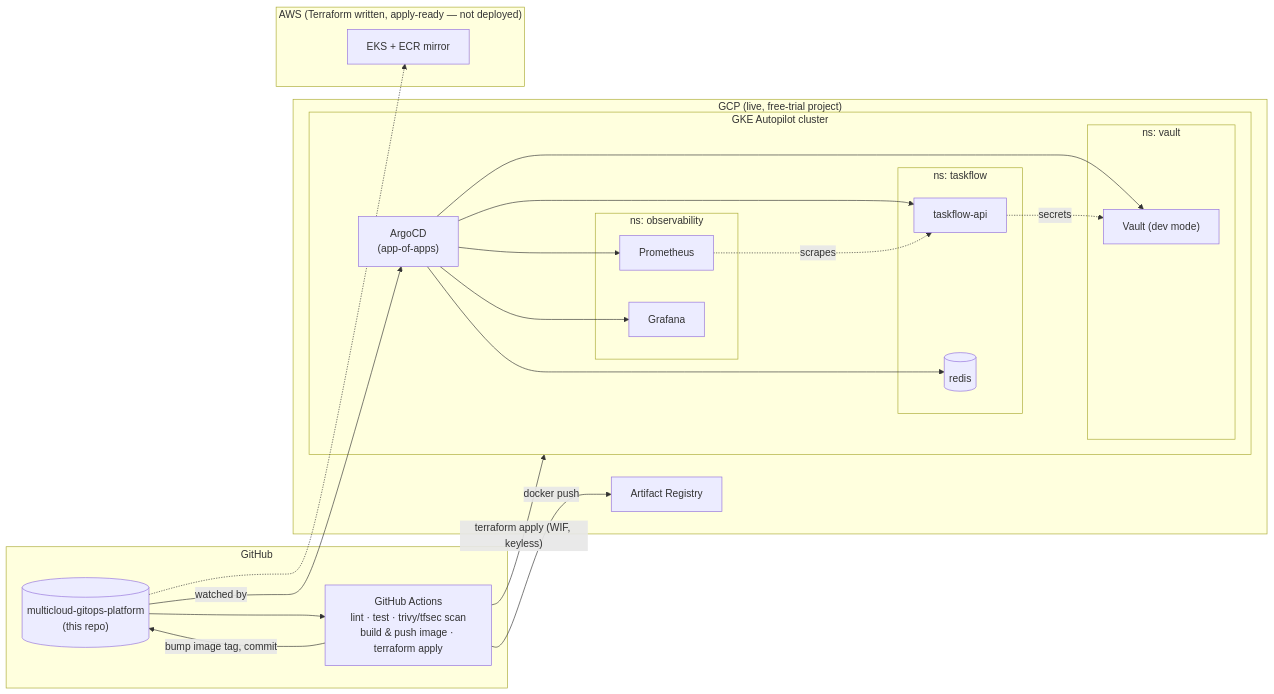
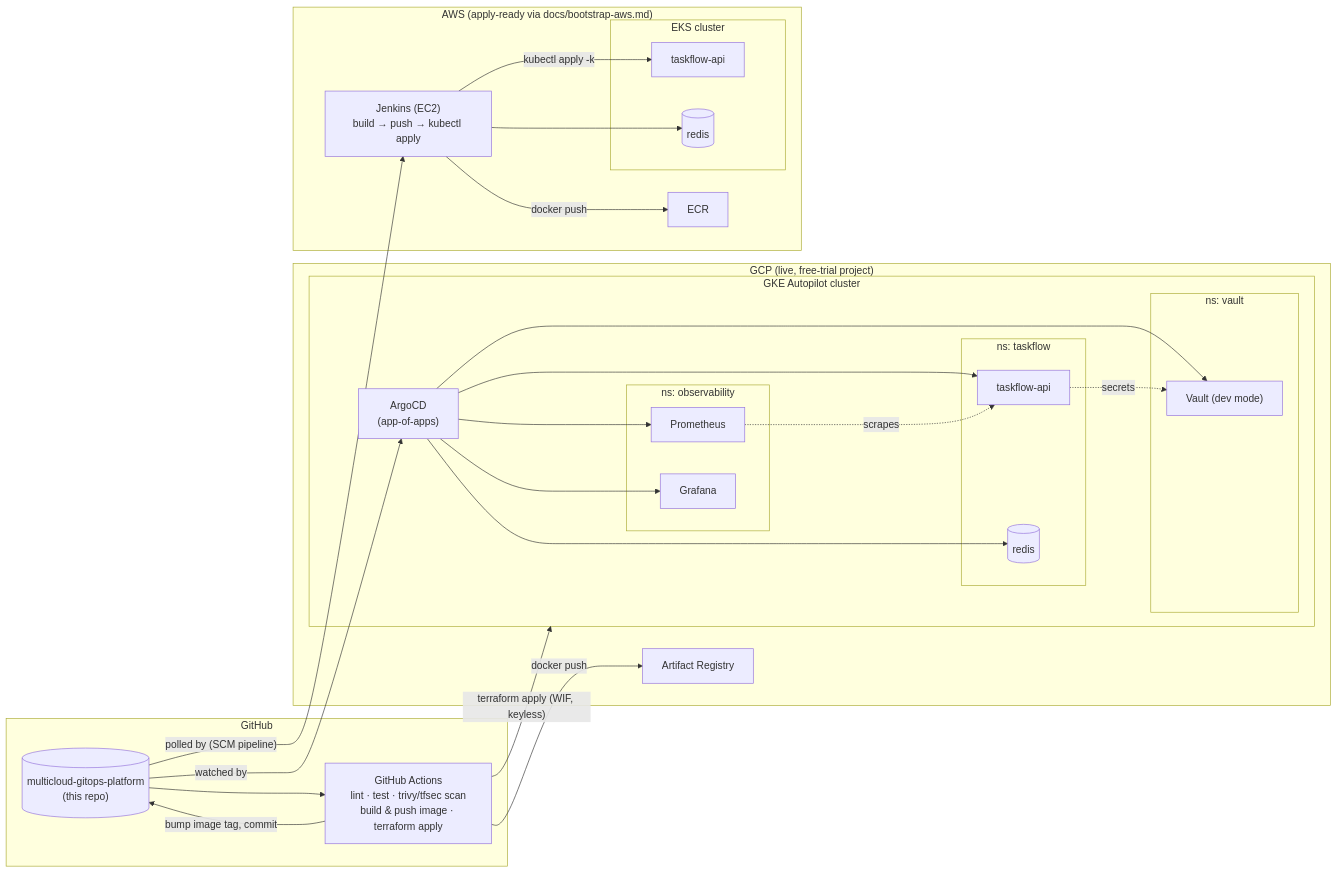
The diagram in README.md (Sowmyak12/multi-cloud-project), drawn with Mermaid before and after one commit. The commit also changed other lines of this file and 14 other files, not shown here.

First line of the commit message:
Add Jenkins-based push CI/CD for AWS/EKS (deliberate GitOps counterpart)

````diff
--- a/README.md
+++ b/README.md
@@ -12,43 +13,51 @@
 ```mermaid
 flowchart LR
     subgraph GH["GitHub"]
         Repo[("multicloud-gitops-platform<br/>(this repo)")]
         Actions["GitHub Actions<br/>lint · test · trivy/tfsec scan<br/>build & push image · terraform apply"]
     end
 
     subgraph GCP["GCP (live, free-trial project)"]
         AR["Artifact Registry"]
         subgraph GKE["GKE Autopilot cluster"]
             Argo["ArgoCD<br/>(app-of-apps)"]
             subgraph NS1["ns: taskflow"]
                 API["taskflow-api"]
                 Redis[("redis")]
             end
             subgraph NS2["ns: observability"]
                 Prom["Prometheus"]
                 Graf["Grafana"]
             end
             subgraph NS3["ns: vault"]
                 Vault["Vault (dev mode)"]
             end
         end
     end
 
-    subgraph AWS["AWS (Terraform written, apply-ready — not deployed)"]
-        EKS["EKS + ECR mirror"]
+    subgraph AWS["AWS (apply-ready via docs/bootstrap-aws.md)"]
+        ECR["ECR"]
+        Jenkins["Jenkins (EC2)<br/>build → push → kubectl apply"]
+        subgraph EKS["EKS cluster"]
+            API2["taskflow-api"]
+            Redis2[("redis")]
+        end
     end
 
     Repo --> Actions
     Actions -- "docker push" --> AR
     Actions -- "terraform apply (WIF, keyless)" --> GKE
     Actions -- "bump image tag, commit" --> Repo
     Repo -- "watched by" --> Argo
     Argo --> API
     Argo --> Redis
     Argo --> Prom
     Argo --> Graf
     Argo --> Vault
     API -. secrets .-> Vault
     Prom -. scrapes .-> API
-    Repo -.-> EKS
+    Repo -- "polled by (SCM pipeline)" --> Jenkins
+    Jenkins -- "docker push" --> ECR
+    Jenkins -- "kubectl apply -k" --> API2
+    Jenkins --> Redis2
 ```
````
